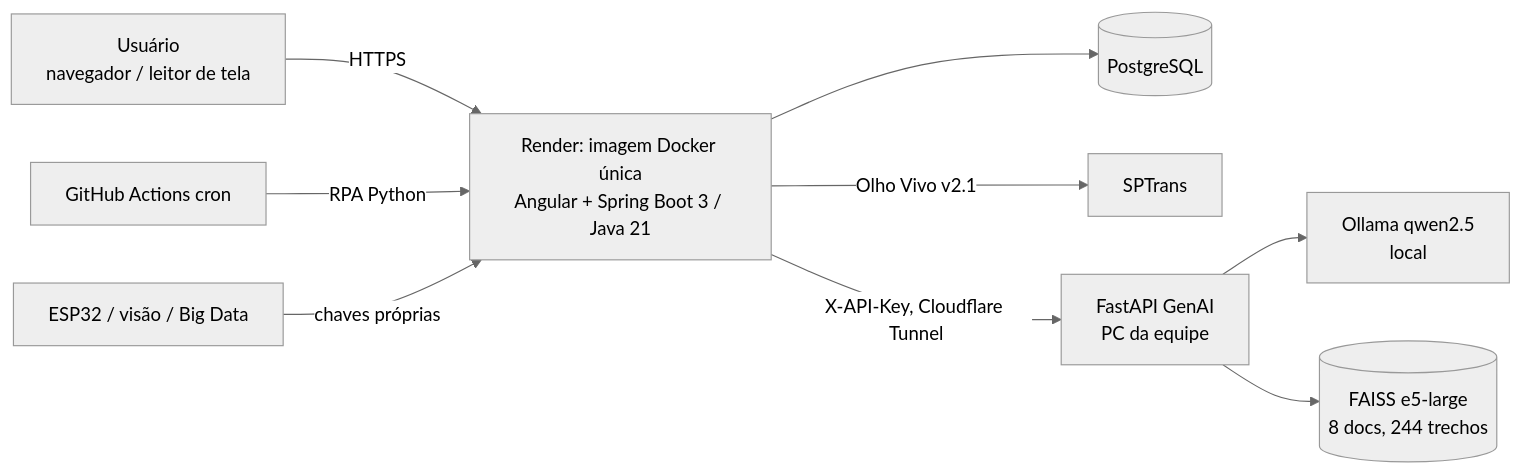
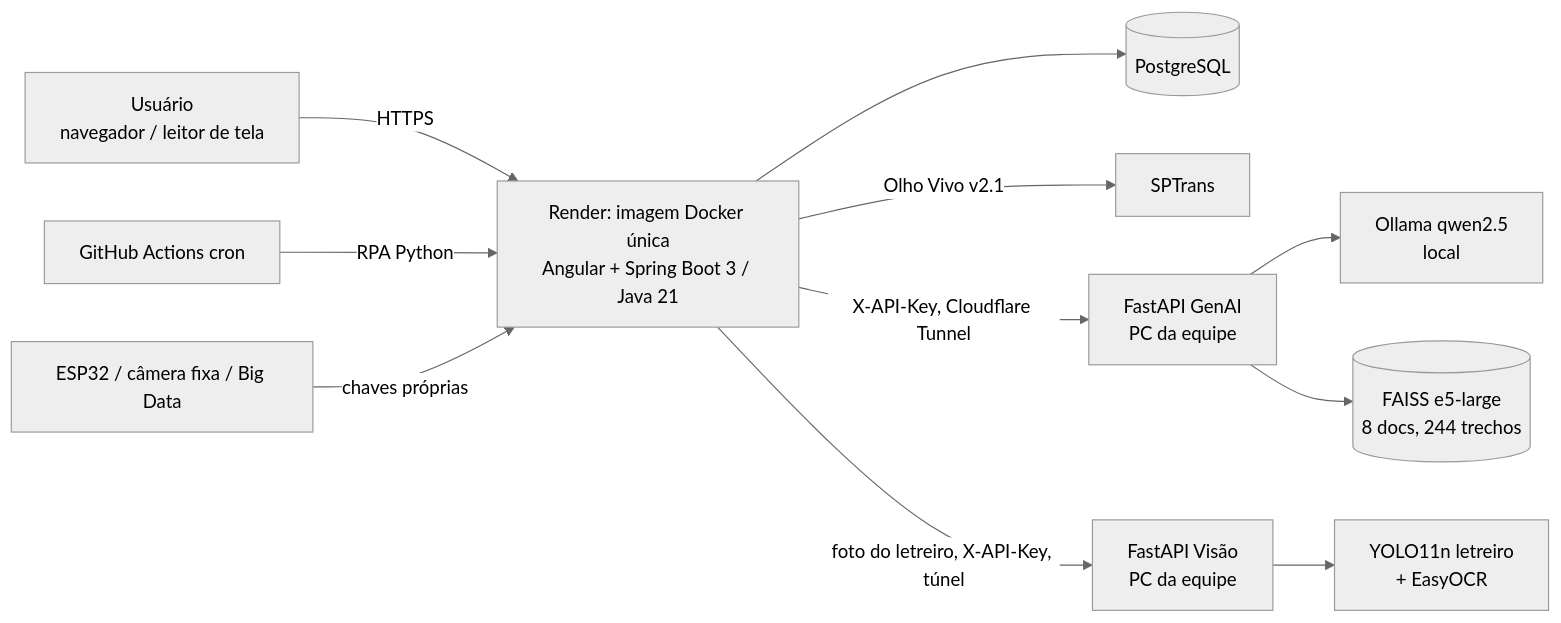
Before and after one commit to pedrobicas/ponto-falante: the diagram in README.md, drawn with Mermaid (neutral theme). The commit also changed other lines of this file and 47 other files, not shown here.

````diff
--- a/README.md
+++ b/README.md
@@ -61,11 +62,13 @@
 ```mermaid
 flowchart LR
   U[Usuário<br/>navegador / leitor de tela] -->|HTTPS| R[Render: imagem Docker única<br/>Angular + Spring Boot 3 / Java 21]
   R --> DB[(PostgreSQL)]
   R -->|Olho Vivo v2.1| S[SPTrans]
   R -->|X-API-Key, Cloudflare Tunnel| G[FastAPI GenAI<br/>PC da equipe]
   G --> O[Ollama qwen2.5<br/>local]
   G --> F[(FAISS e5-large<br/>8 docs, 244 trechos)]
   A[GitHub Actions cron] -->|RPA Python| R
-  E[ESP32 / visão / Big Data] -->|chaves próprias| R
+  R -->|foto do letreiro, X-API-Key, túnel| V[FastAPI Visão<br/>PC da equipe]
+  V --> Y[YOLO11n letreiro<br/>+ EasyOCR]
+  E[ESP32 / câmera fixa / Big Data] -->|chaves próprias| R
 ```
````
